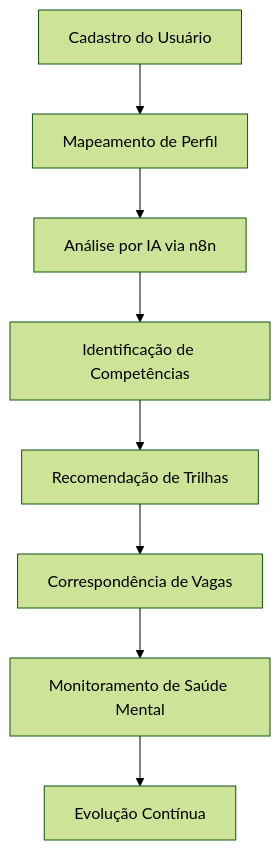
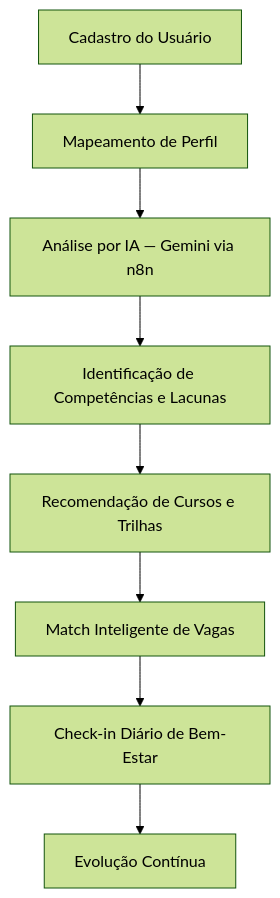
One commit to No-Country-simulation/S06-26-AB-EQUIPE-68 changed the first of 2 diagrams in README.md. Above: the diagram before and after it, drawn with Mermaid (forest theme). The commit also changed other lines of this file, not shown here.

Commit message:
docs(readme): reescreve README fiel à arquitetura atual — Gemini 2.5-flash, n8n Cloud, H2 + modo demo, CVV determinístico, 29 endpoints e guia de execução funcional

````diff
--- a/README.md
+++ b/README.md
@@ -62,17 +64,17 @@
 ```mermaid
 flowchart TD
 
 A[Cadastro do Usuário] --> B[Mapeamento de Perfil]
 
-B --> C[Análise por IA via n8n]
+B --> C[Análise por IA — Gemini via n8n]
 
-C --> D[Identificação de Competências]
+C --> D[Identificação de Competências e Lacunas]
 
-D --> E[Recomendação de Trilhas]
+D --> E[Recomendação de Cursos e Trilhas]
 
-E --> F[Correspondência de Vagas]
+E --> F[Match Inteligente de Vagas]
 
-F --> G[Monitoramento de Saúde Mental]
+F --> G[Check-in Diário de Bem-Estar]
 
 G --> H[Evolução Contínua]
 ```
````
